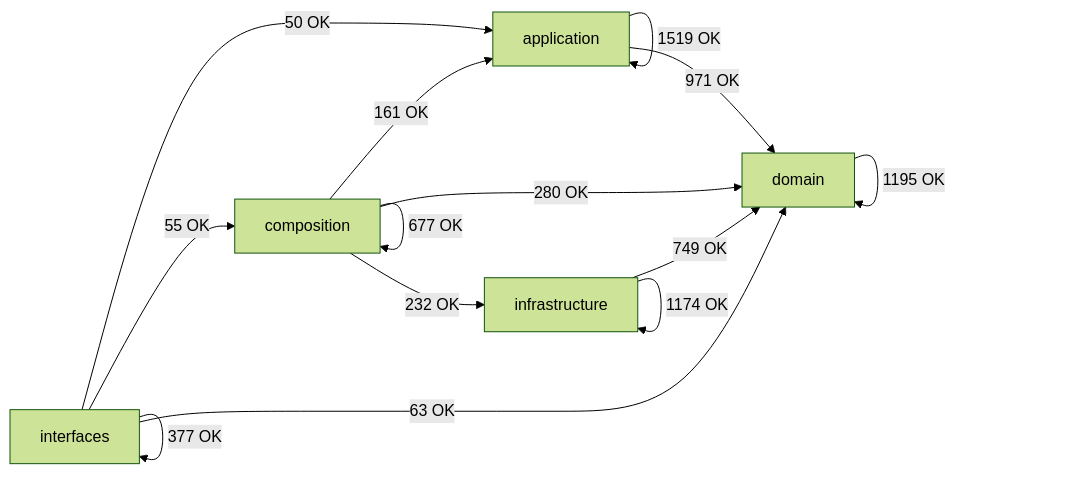
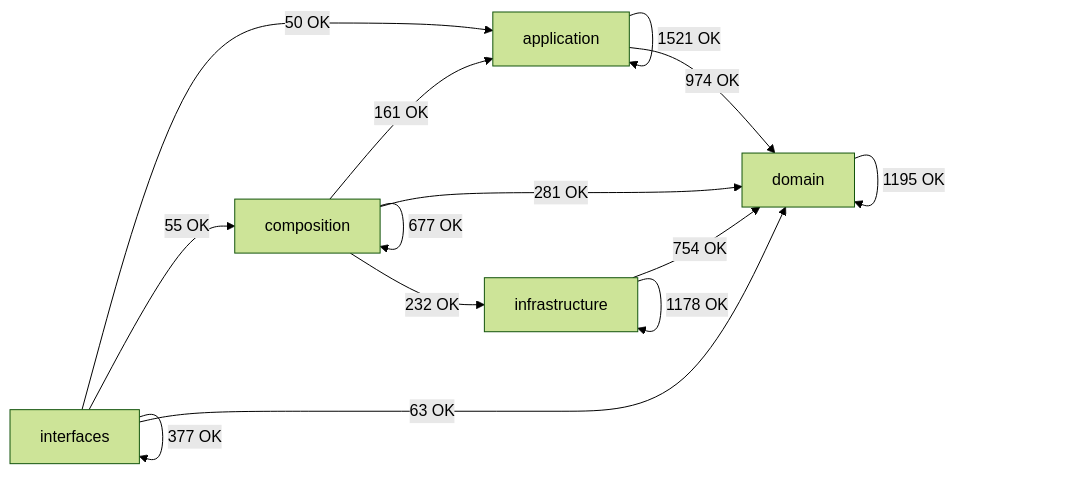
One commit to SatoryKono/BioactivityDataAcquisition changed the diagram in docs/02-architecture/generated/module-dependency-map.md. Above: the diagram before and after it, drawn with Mermaid (forest theme). The commit also changed other lines of this file and 5 other files, not shown here.

````diff
--- a/docs/02-architecture/generated/module-dependency-map.md
+++ b/docs/02-architecture/generated/module-dependency-map.md
@@ -17,21 +17,21 @@
 ```mermaid
 flowchart LR
     domain[domain]
     application[application]
     infrastructure[infrastructure]
     composition[composition]
     interfaces[interfaces]
-    application -->|1519 OK| application
-    application -->|971 OK| domain
+    application -->|1521 OK| application
+    application -->|974 OK| domain
     composition -->|161 OK| application
     composition -->|677 OK| composition
-    composition -->|280 OK| domain
+    composition -->|281 OK| domain
     composition -->|232 OK| infrastructure
     domain -->|1195 OK| domain
-    infrastructure -->|749 OK| domain
-    infrastructure -->|1174 OK| infrastructure
+    infrastructure -->|754 OK| domain
+    infrastructure -->|1178 OK| infrastructure
     interfaces -->|50 OK| application
     interfaces -->|55 OK| composition
     interfaces -->|63 OK| domain
     interfaces -->|377 OK| interfaces
 ```
````
